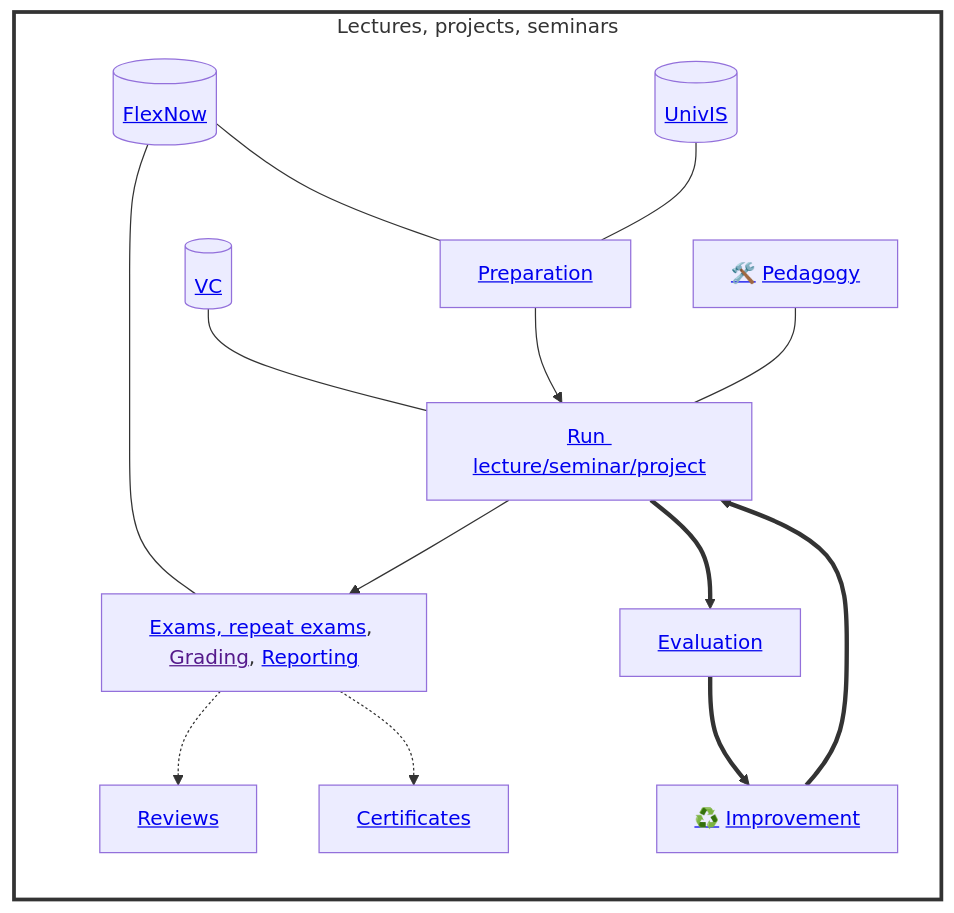
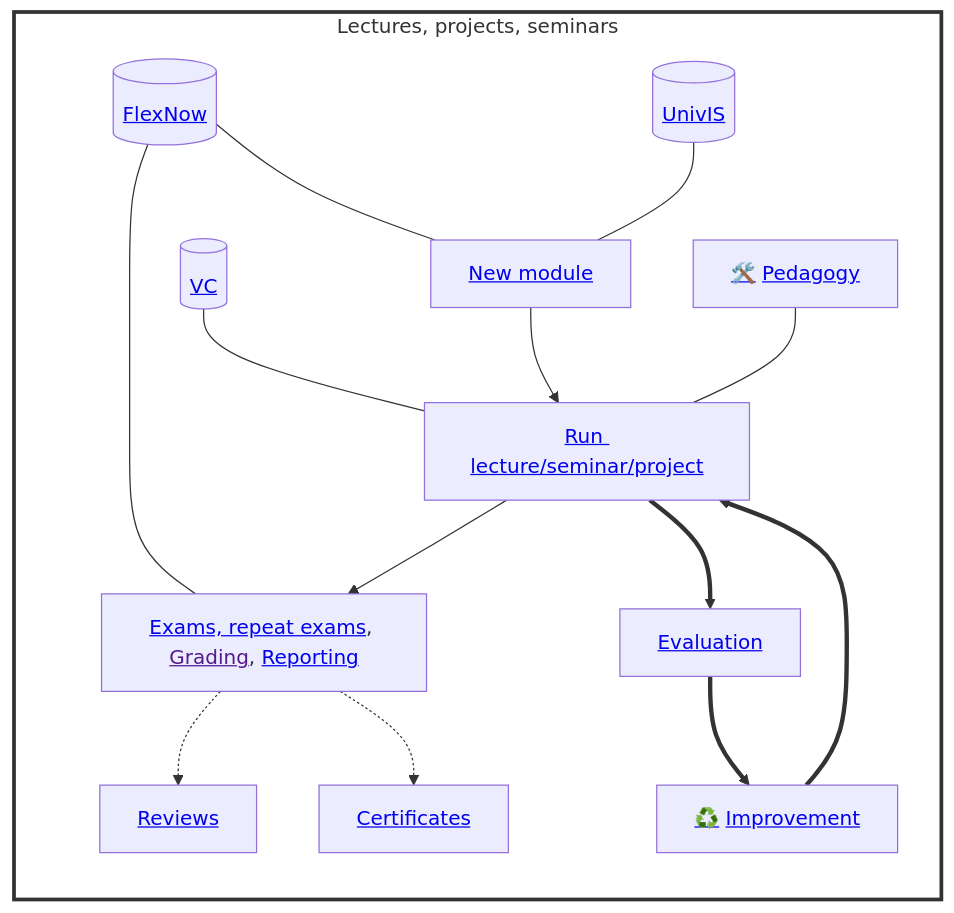
The first of 2 diagrams in docs/30-teaching/index.md (digital-work-lab/handbook), drawn with Mermaid before and after one commit.

````diff
--- a/docs/30-teaching/index.md
+++ b/docs/30-teaching/index.md
@@ -14,24 +14,24 @@
 ```mermaid
 flowchart TB
     subgraph main["Lectures, projects, seminars"]
         direction TB
 
         FlexNow[("<a href='30_processes/30.15.flexnow.html'>FlexNow</a>")]
         FlexNow --- Prepare
         FlexNow --- Grade
         UnivIS[("<a href='30_processes/30.16.univis.html'>UnivIS</a>")]
         UnivIS --- Prepare
         VC[("<a href='30_processes/30.19.virtual_campus.html'>VC</a>")] --- Run
 
-        Prepare["<a href='30_processes/30.09.new_modules.html'>Preparation</a>"] --> Run["<a href='30_processes/30.02.courses.html#course-list'>Run lecture/seminar/project</a>"]
+        Prepare["<a href='30_processes/30.09.new_modules.html'>New module</a>"] --> Run["<a href='30_processes/30.02.courses.html#course-list'>Run lecture/seminar/project</a>"]
         Run --> Grade["<a href='30_processes/30.59.exams.html'>Exams, repeat exams</a>, <a href=''>Grading</a>, <a href='30_processes/30.20.reports.html'>Reporting</a>"]
         Pedagogy["<a href='../10-lab/10_processes/10.01.goals.html'>🛠️</a> <a href='30_processes/30.07.pedagogy.html'>Pedagogy</a>"] --- Run
         Grade -.-> Reviews["<a href='30_processes/30.60.reviews.html'>Reviews</a>"]
         Grade -.-> Certificates["<a href='30_processes/30.51.certificates.html'>Certificates</a>"]
         Run ==> Evaluate["<a href='30_processes/30.21.evaluations.html'>Evaluation</a>"]
         Evaluate ==> Improve["<a href='../10-lab/10_processes/10.01.goals.html'>♻️</a> <a href='30_processes/30.22.improvements.html'>Improvement</a>"]
         Improve ==> Run
     end
     style main fill:white,stroke:#333,stroke-width:3px
 
 ```
````
